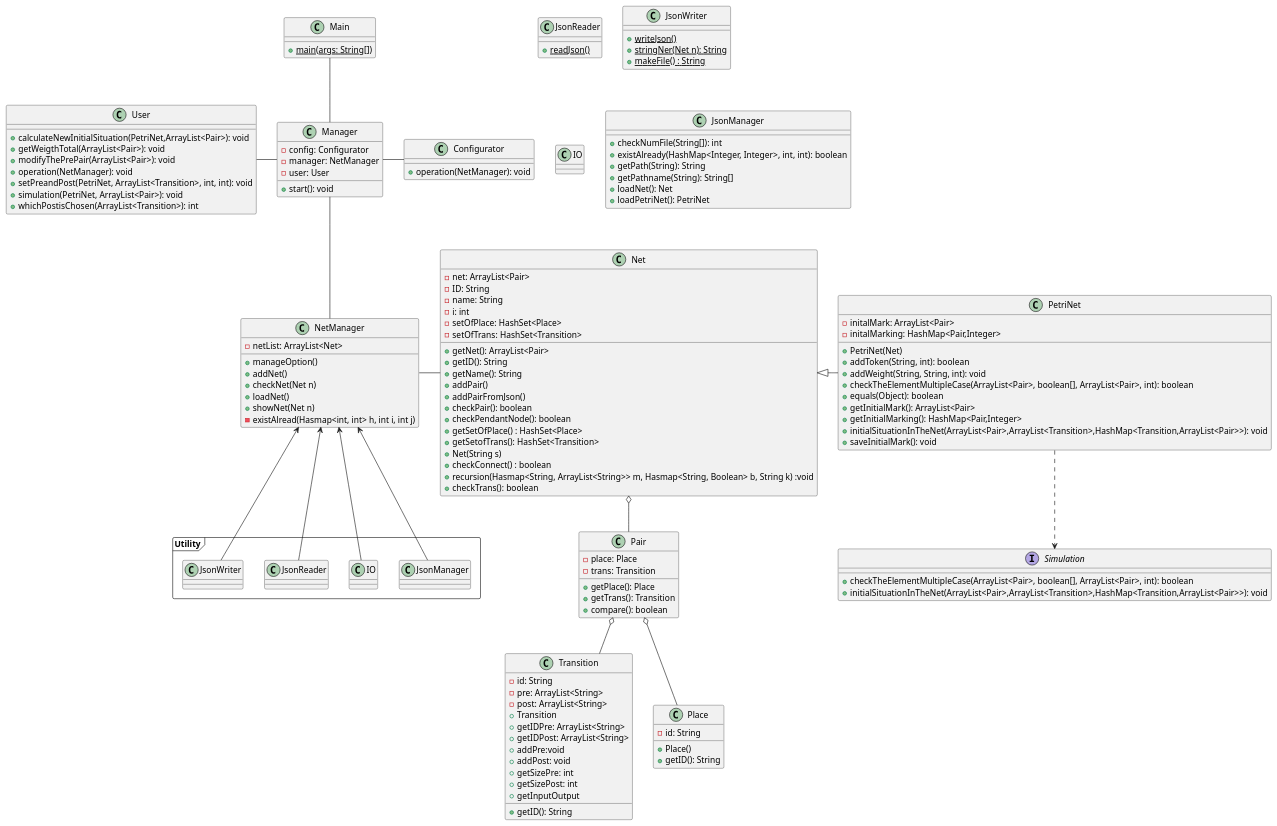
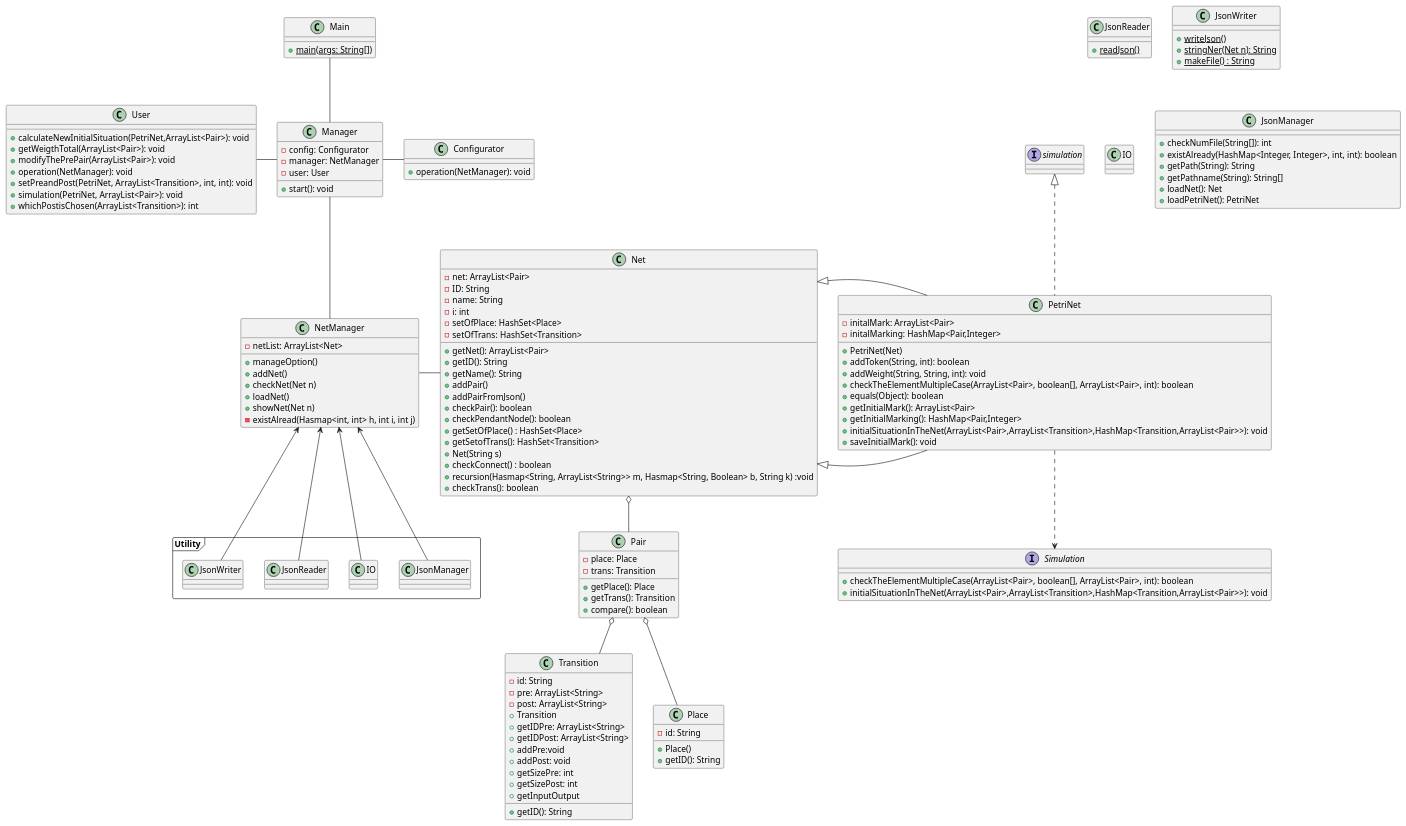
The diagram in UML_v3.puml (ilNick99/Project_IS_v3), drawn with PlantUML before and after one commit. The commit also changed 1 other file, not shown here.

```diff
--- a/UML_v3.puml
+++ b/UML_v3.puml
@@ -1,147 +1,147 @@
 @startuml
 
 Main -- Manager
 Manager -Left- User
 Manager -- NetManager
 Manager -Right- Configurator
 NetManager -Right- Net
 Net <|-Right- PetriNet
 PetriNet ..> Simulation
 Net o-Down- Pair
 Pair o-- Transition
 Pair o-- Place
 package Utility <<frame>>{
 NetManager <-- JsonReader
 NetManager <-- JsonWriter
 NetManager <- JsonManager
 NetManager <-Left- IO
 }
 class Main {
 + {static} main(args: String[])
 }
 
 class Net {
 - net: ArrayList<Pair>
 - ID: String
 - name: String
 - i: int
 - setOfPlace: HashSet<Place>
 - setOfTrans: HashSet<Transition>
 + getNet(): ArrayList<Pair>
 + getID(): String
 + getName(): String
 + addPair()
 + addPairFromJson()
 + checkPair(): boolean
 + checkPendantNode(): boolean
 + getSetOfPlace() : HashSet<Place>
 + getSetofTrans(): HashSet<Transition>
 + Net(String s)
 + checkConnect() : boolean
 + recursion(Hasmap<String, ArrayList<String>> m, Hasmap<String, Boolean> b, String k) :void
 + checkTrans(): boolean
 }
 
 class NetManager {
 - netList: ArrayList<Net>
 + manageOption()
 + addNet()
 + checkNet(Net n)
 + loadNet()
 + showNet(Net n)
 - existAlread(Hasmap<int, int> h, int i, int j)
 
 }
 
 class Pair {
 - place: Place
 - trans: Transition
 + getPlace(): Place
 + getTrans(): Transition
 + compare(): boolean
 }
 
 class Place {
 - id: String
 + Place()
 + getID(): String
 }
 
 class Transition {
 - id: String
 -pre: ArrayList<String>
 -post: ArrayList<String>
 + getID(): String
 + Transition
 + getIDPre: ArrayList<String>
 + getIDPost: ArrayList<String>
 + addPre:void
 + addPost: void
 + getSizePre: int
 + getSizePost: int
 + getInputOutput
 }
 
 class JsonReader {
 + {static} readJson()
 }
 
 class JsonWriter {
 + {static} writeJson()
 + {static} stringNer(Net n): String
 + {static} makeFile() : String
 }
 
-class PetriNet {
+class PetriNet extends Net implements simulation{
 - initalMark: ArrayList<Pair>
 - initalMarking: HashMap<Pair,Integer>
 + PetriNet(Net)
 + addToken(String, int): boolean
 + addWeight(String, String, int): void
 + checkTheElementMultipleCase(ArrayList<Pair>, boolean[], ArrayList<Pair>, int): boolean
 + equals(Object): boolean
 + getInitialMark(): ArrayList<Pair>
 + getInitialMarking(): HashMap<Pair,Integer>
 + initialSituationInTheNet(ArrayList<Pair>,ArrayList<Transition>,HashMap<Transition,ArrayList<Pair>>): void
 + saveInitialMark(): void
 }
 
 interface Simulation {
 + checkTheElementMultipleCase(ArrayList<Pair>, boolean[], ArrayList<Pair>, int): boolean
 + initialSituationInTheNet(ArrayList<Pair>,ArrayList<Transition>,HashMap<Transition,ArrayList<Pair>>): void
 }
 
 class Manager {
 - config: Configurator
 - manager: NetManager
 - user: User
 + start(): void
 }
 
 class User {
 + calculateNewInitialSituation(PetriNet,ArrayList<Pair>): void
 + getWeigthTotal(ArrayList<Pair>): void
 + modifyThePrePair(ArrayList<Pair>): void
 + operation(NetManager): void
 + setPreandPost(PetriNet, ArrayList<Transition>, int, int): void
 + simulation(PetriNet, ArrayList<Pair>): void
 + whichPostisChosen(ArrayList<Transition>): int
 }
 
 class IO {
 }
 
 class JsonManager {
 + checkNumFile(String[]): int
 + existAlready(HashMap<Integer, Integer>, int, int): boolean
 + getPath(String): String
 + getPathname(String): String[]
 + loadNet(): Net
 + loadPetriNet(): PetriNet
 }
 
 class Configurator {
 + operation(NetManager): void
 }
 
 @enduml
```
